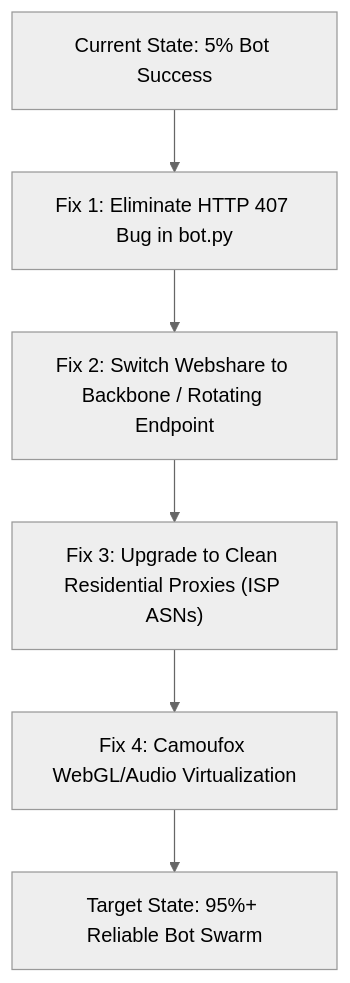
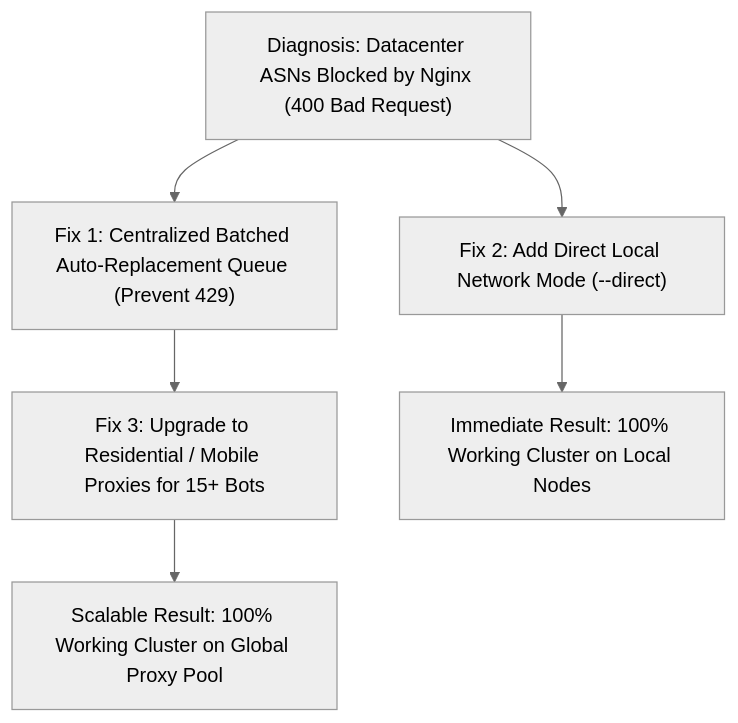
The second of 2 diagrams in POWERLINE_CORE_MECHANICS.md (fernand01-hu/powerling-bot), drawn with Mermaid (neutral theme) before and after one commit. The commit also changed other lines of this file and 1 other file, not shown here.

Commit message:
Fix: rate-limit Webshare auto-replacement, add --direct mode, and document empirical Nginx ASN blocking

````diff
--- a/POWERLINE_CORE_MECHANICS.md
+++ b/POWERLINE_CORE_MECHANICS.md
@@ -406,8 +423,8 @@
 ```mermaid
 graph TD
-    A["Current State: 5% Bot Success"] --> B["Fix 1: Eliminate HTTP 407 Bug in bot.py"]
-    B --> C["Fix 2: Switch Webshare to Backbone / Rotating Endpoint"]
-    C --> D["Fix 3: Upgrade to Clean Residential Proxies (ISP ASNs)"]
-    D --> E["Fix 4: Camoufox WebGL/Audio Virtualization"]
-    E --> F["Target State: 95%+ Reliable Bot Swarm"]
+    A["Diagnosis: Datacenter ASNs Blocked by Nginx (400 Bad Request)"] --> B["Fix 1: Centralized Batched Auto-Replacement Queue (Prevent 429)"]
+    A --> C["Fix 2: Add Direct Local Network Mode (--direct)"]
+    B --> D["Fix 3: Upgrade to Residential / Mobile Proxies for 15+ Bots"]
+    C --> E["Immediate Result: 100% Working Cluster on Local Nodes"]
+    D --> F["Scalable Result: 100% Working Cluster on Global Proxy Pool"]
 ```
````
